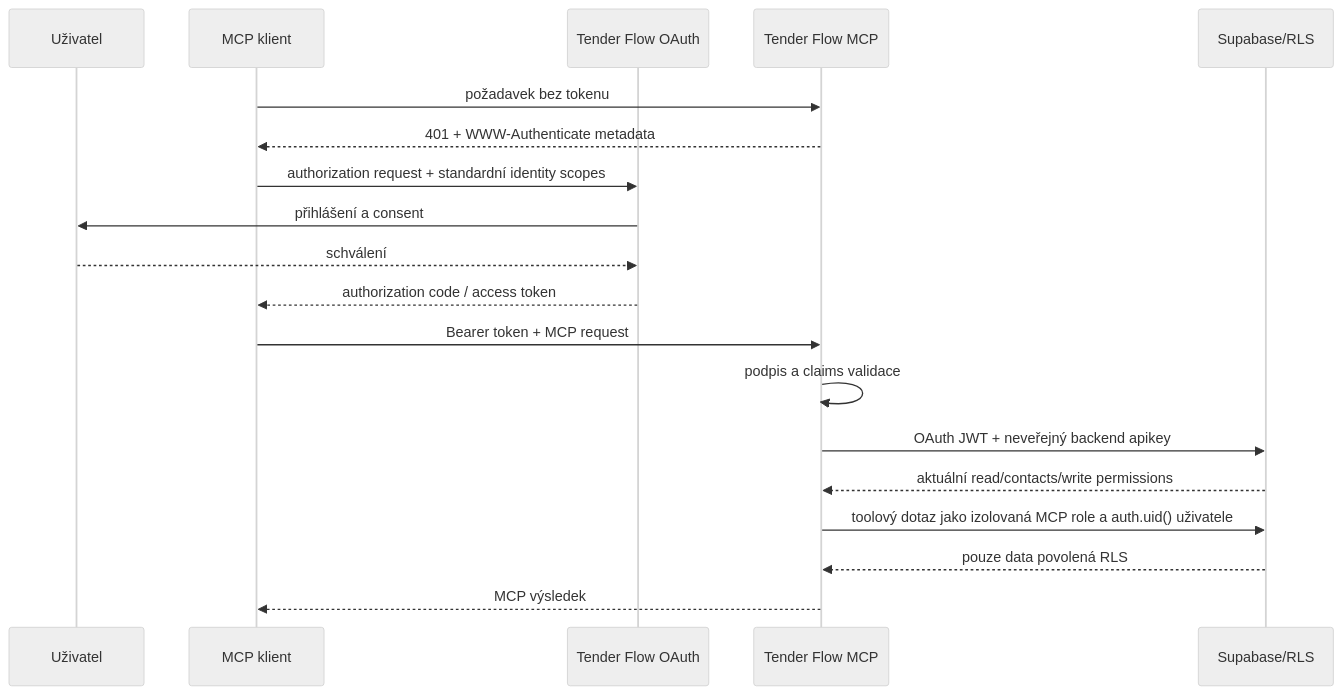
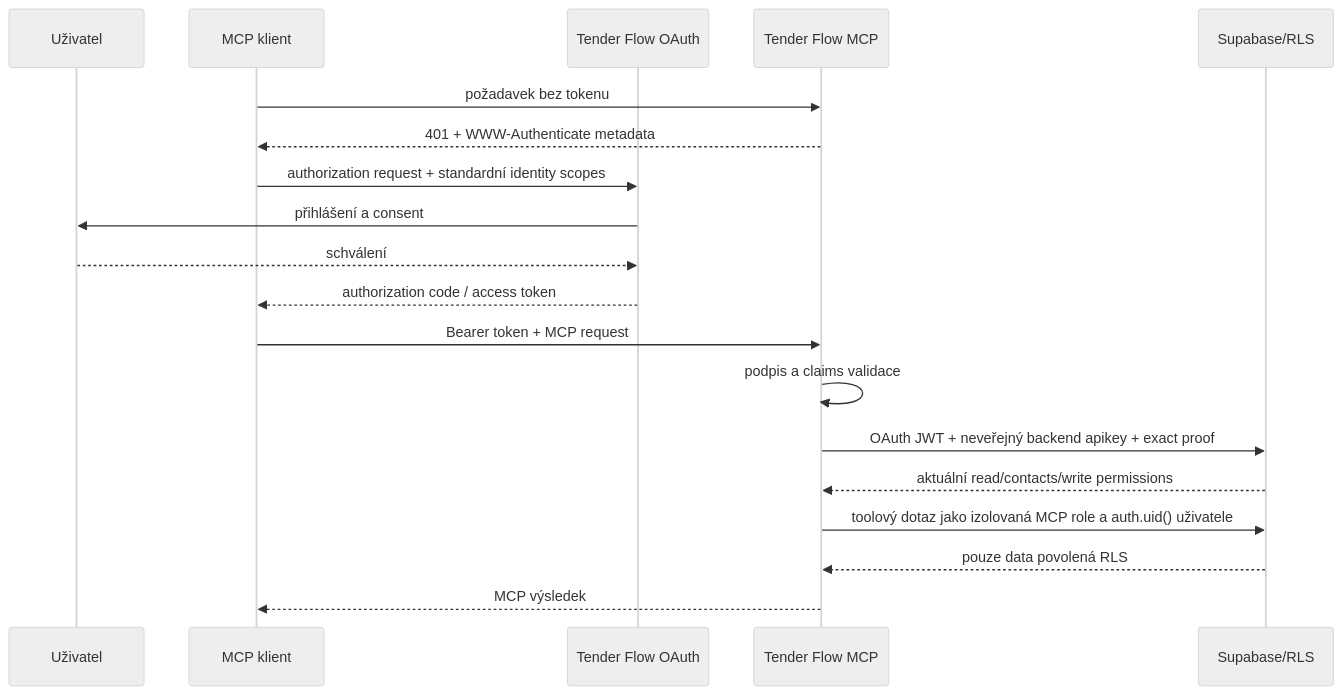
Before and after one commit to Martin82K/Tender-Flow: the diagram in docs/mcp/authentication.md, drawn with Mermaid (neutral theme). The commit also changed other lines of this file and 14 other files, not shown here.

````diff
--- a/docs/mcp/authentication.md
+++ b/docs/mcp/authentication.md
@@ -13,21 +13,21 @@
 ```mermaid
 sequenceDiagram
   participant U as Uživatel
   participant C as MCP klient
   participant O as Tender Flow OAuth
   participant M as Tender Flow MCP
   participant D as Supabase/RLS
   C->>M: požadavek bez tokenu
   M-->>C: 401 + WWW-Authenticate metadata
   C->>O: authorization request + standardní identity scopes
   O->>U: přihlášení a consent
   U-->>O: schválení
   O-->>C: authorization code / access token
   C->>M: Bearer token + MCP request
   M->>M: podpis a claims validace
-  M->>D: OAuth JWT + neveřejný backend apikey
+  M->>D: OAuth JWT + neveřejný backend apikey + exact proof
   D-->>M: aktuální read/contacts/write permissions
   M->>D: toolový dotaz jako izolovaná MCP role a auth.uid() uživatele
   D-->>M: pouze data povolená RLS
   M-->>C: MCP výsledek
 ```
````
